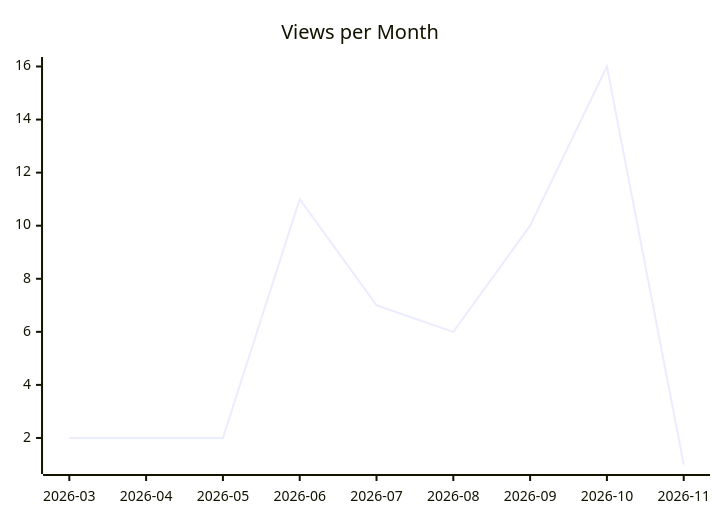
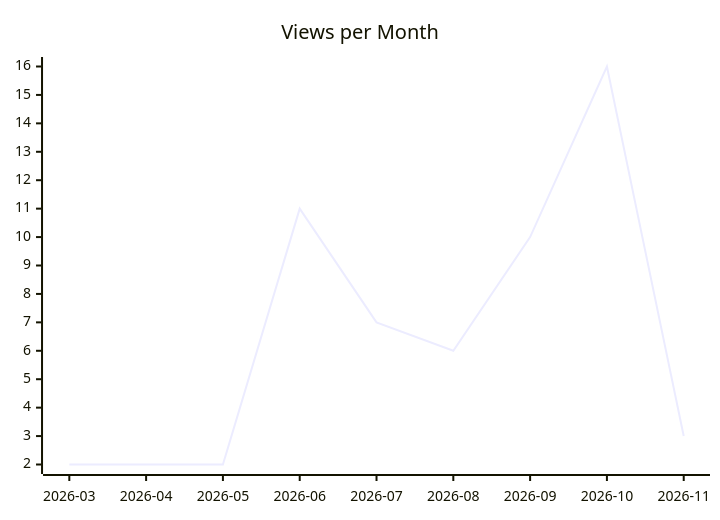
One commit to justdavis-family/github-analytics-data changed the second of 3 diagrams in karlmdavis/ansible-role-jenkins2/README.md. Above: the diagram before and after it, drawn with Mermaid. The commit also changed other lines of this file and 188 other files, not shown here.

````diff
--- a/karlmdavis/ansible-role-jenkins2/README.md
+++ b/karlmdavis/ansible-role-jenkins2/README.md
@@ -12,6 +12,6 @@
 ```mermaid
 xychart-beta
   title "Views per Month"
   x-axis ["2026-03", "2026-04", "2026-05", "2026-06", "2026-07", "2026-08", "2026-09", "2026-10", "2026-11"]
-  line [2, 2, 2, 11, 7, 6, 10, 16, 1]
+  line [2, 2, 2, 11, 7, 6, 10, 16, 3]
 ```
````
